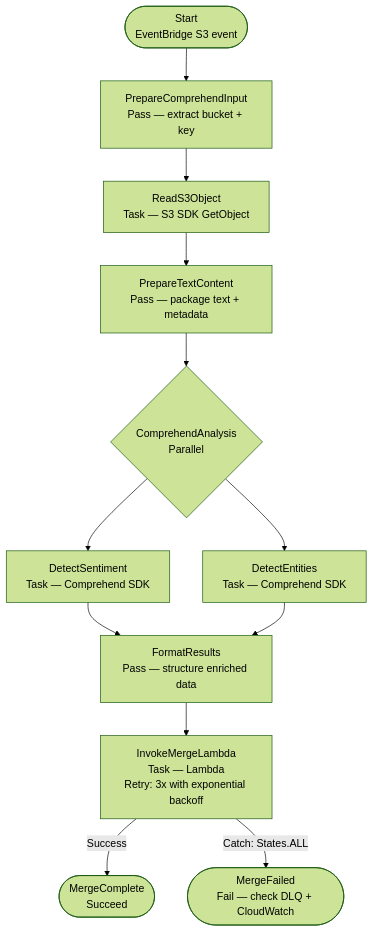
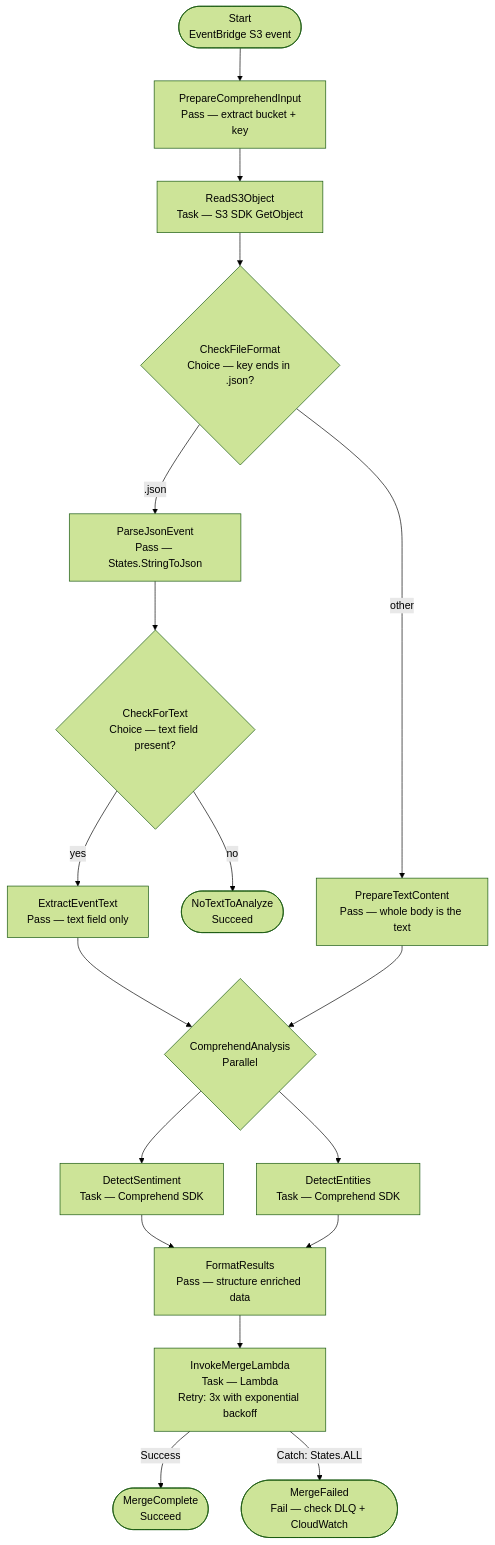
Before and after one commit to CloudMikey/ai-dp: the fourth of 6 diagrams in docs/architecture.md, drawn with Mermaid (forest theme). The commit also changed other lines of this file and 7 other files, not shown here.

First line of the commit message:
Send only the review text to Comprehend

````diff
--- a/docs/architecture.md
+++ b/docs/architecture.md
@@ -179,33 +183,46 @@
 ```mermaid
 flowchart TD
     Start(["Start\nEventBridge S3 event"]) --> A
 
     A["PrepareComprehendInput\nPass — extract bucket + key"]
     A --> B
 
     B["ReadS3Object\nTask — S3 SDK GetObject"]
-    B --> C
+    B --> K
 
-    C["PrepareTextContent\nPass — package text + metadata"]
+    K{"CheckFileFormat\nChoice — key ends in .json?"}
+    K -->|.json| L
+    K -->|other| C
+
+    L["ParseJsonEvent\nPass — States.StringToJson"]
+    L --> M
+    M{"CheckForText\nChoice — text field present?"}
+    M -->|yes| N
+    M -->|no| O
+    N["ExtractEventText\nPass — text field only"]
+    N --> D
+    O(["NoTextToAnalyze\nSucceed"])
+
+    C["PrepareTextContent\nPass — whole body is the text"]
     C --> D
 
     D{"ComprehendAnalysis\nParallel"}
     D --> E
     D --> F
 
     E["DetectSentiment\nTask — Comprehend SDK"]
     F["DetectEntities\nTask — Comprehend SDK"]
 
     E --> G
     F --> G
 
     G["FormatResults\nPass — structure enriched data"]
     G --> H
 
     H["InvokeMergeLambda\nTask — Lambda\nRetry: 3x with exponential backoff"]
     H -->|Success| I
     H -->|Catch: States.ALL| J
 
     I(["MergeComplete\nSucceed"])
     J(["MergeFailed\nFail — check DLQ + CloudWatch"])
 ```
````
